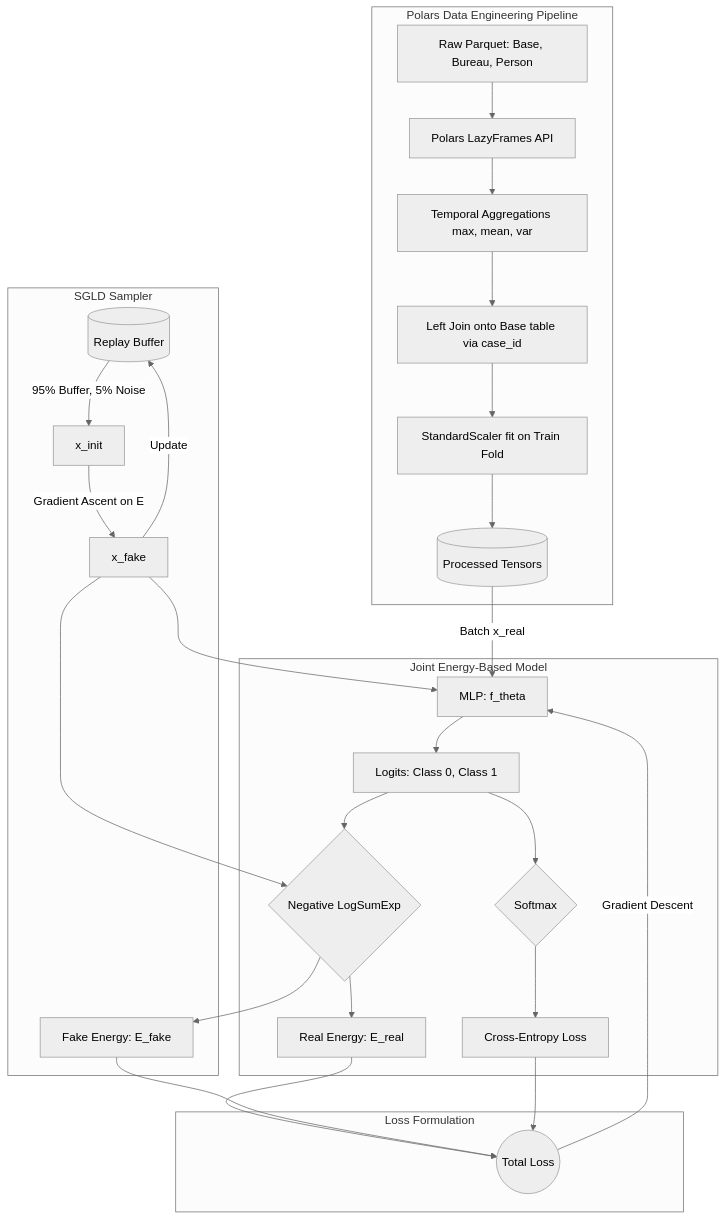
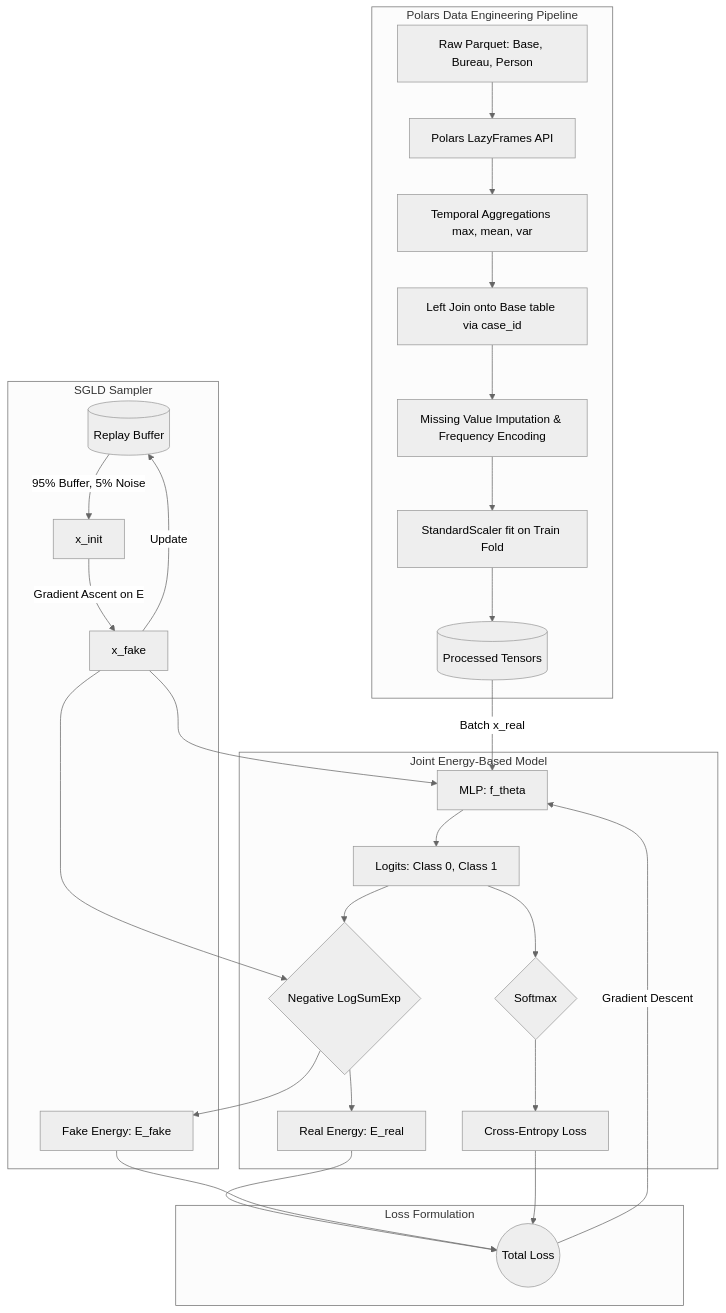
Before and after one commit to radema/jem-credit-risk: the diagram in docs/architecture/ARCHITECTURE.md, drawn with Mermaid (neutral theme). The commit also changed 2 other files, not shown here.

Commit message:
feat: Introduce missing value imputation and frequency encoding into the data processing pipeline and update relevant documentation.

````diff
--- a/docs/architecture/ARCHITECTURE.md
+++ b/docs/architecture/ARCHITECTURE.md
@@ -3,37 +3,38 @@
 ```mermaid
 graph TD
     subgraph Polars Data Engineering Pipeline
         A[Raw Parquet: Base, Bureau, Person] --> B[Polars LazyFrames API]
         B --> C[Temporal Aggregations max, mean, var]
         C --> D[Left Join onto Base table via case_id]
-        D --> E[StandardScaler fit on Train Fold]
+        D --> D1[Missing Value Imputation & Frequency Encoding]
+        D1 --> E[StandardScaler fit on Train Fold]
         E --> F[(Processed Tensors)]
     end
 
     subgraph Joint Energy-Based Model
         F -->|Batch x_real| G[MLP: f_theta]
         G --> H[Logits: Class 0, Class 1]
         
         H --> I{Softmax}
         I --> J[Cross-Entropy Loss]
         
         H --> K{Negative LogSumExp}
         K --> L[Real Energy: E_real]
     end
 
     subgraph SGLD Sampler
         M[(Replay Buffer)] -->|95% Buffer, 5% Noise| N[x_init]
         N -->|Gradient Ascent on E| O[x_fake]
         O --> G
         O -->|Update| M
         O --> K
         K --> P[Fake Energy: E_fake]
     end
 
     subgraph Loss Formulation
         L --> Q((Total Loss))
         P --> Q
         J --> Q
         Q -->|Gradient Descent| G
     end
 ```
````
